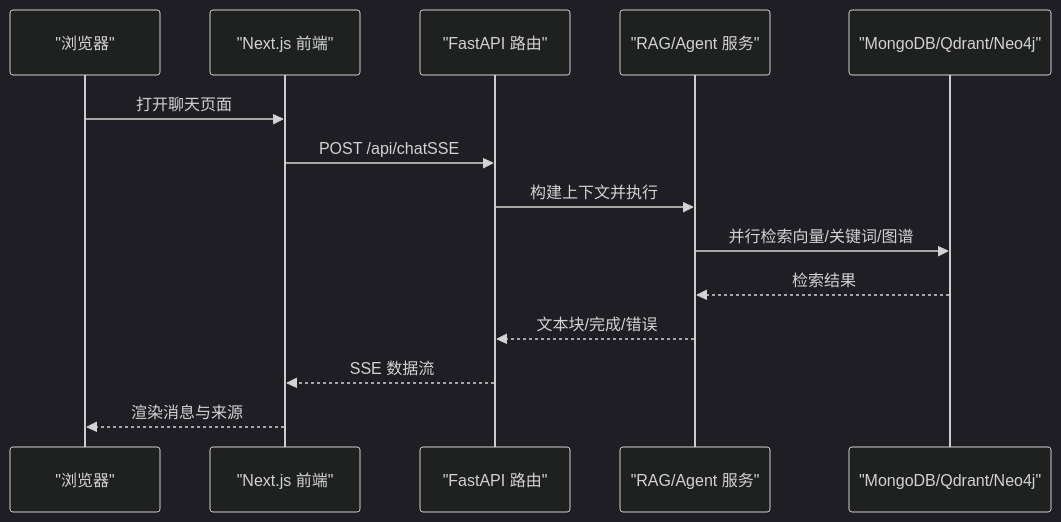
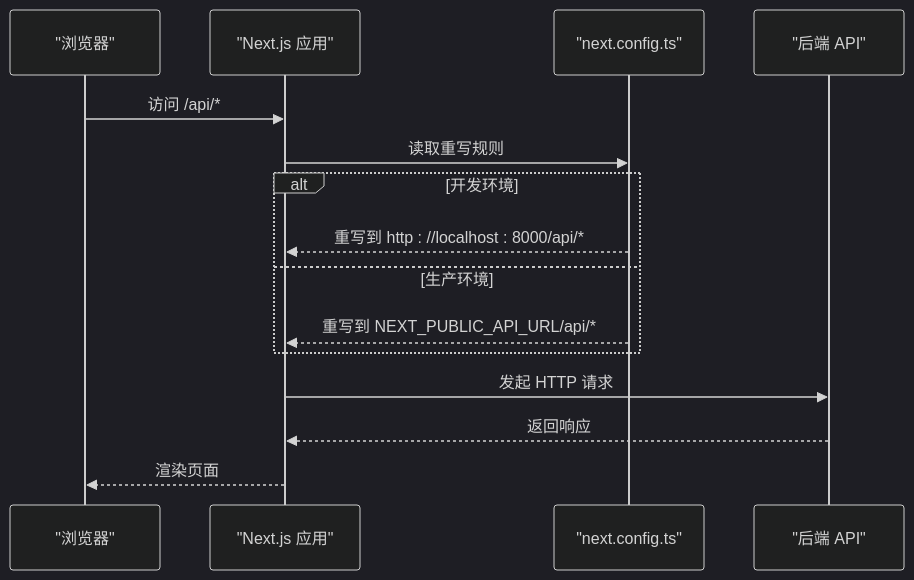
The sixth of 8 diagrams in .qoder/repowiki/zh/content/系统架构/整体架构设计.md (iammm0/advanced-rag), drawn with Mermaid (dark theme) before and after one commit. The commit also changed other lines of this file and 233 other files, not shown here.

````diff
--- a/.qoder/repowiki/zh/content/系统架构/整体架构设计.md
+++ b/.qoder/repowiki/zh/content/系统架构/整体架构设计.md
@@ -162,16 +225,17 @@
 ```mermaid
 sequenceDiagram
 participant Browser as "浏览器"
-participant Next as "Next.js 前端"
-participant API as "FastAPI 路由"
-participant Service as "RAG/Agent 服务"
-participant DB as "MongoDB/Qdrant/Neo4j"
-Browser->>Next : 打开聊天页面
-Next->>API : POST /api/chatSSE
-API->>Service : 构建上下文并执行
-Service->>DB : 并行检索向量/关键词/图谱
-DB-->>Service : 检索结果
-Service-->>API : 文本块/完成/错误
-API-->>Next : SSE 数据流
-Next-->>Browser : 渲染消息与来源
+participant Next as "Next.js 应用"
+participant Config as "next.config.ts"
+participant Backend as "后端 API"
+Browser->>Next : 访问 /api/*
+Next->>Config : 读取重写规则
+alt 开发环境
+Config-->>Next : 重写到 http : //localhost : 8000/api/*
+else 生产环境
+Config-->>Next : 重写到 NEXT_PUBLIC_API_URL/api/*
+end
+Next->>Backend : 发起 HTTP 请求
+Backend-->>Next : 返回响应
+Next-->>Browser : 渲染页面
 ```
````
